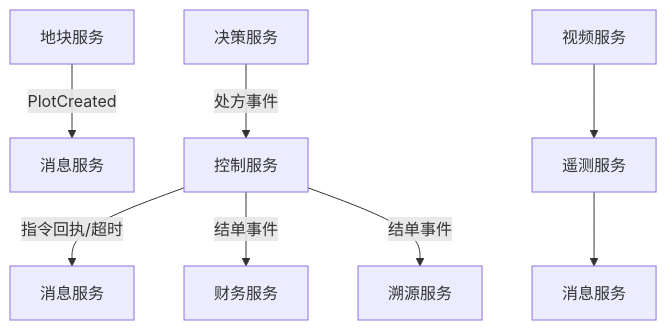
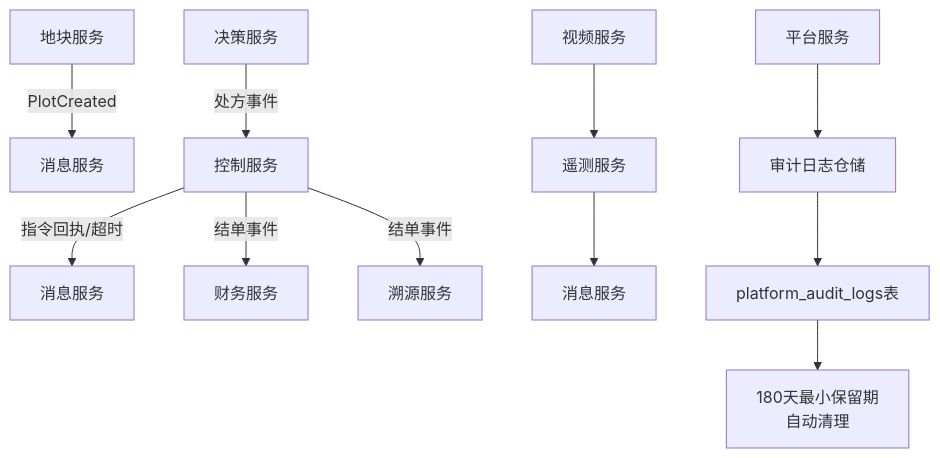
Before and after one commit to q446328246/agri-platform: the third of 3 diagrams in .qoder/repowiki/zh/content/项目概述/平台功能清单.md, drawn with Mermaid. The commit also changed other lines of this file and 6 other files, not shown here.

````diff
--- a/.qoder/repowiki/zh/content/项目概述/平台功能清单.md
+++ b/.qoder/repowiki/zh/content/项目概述/平台功能清单.md
@@ -270,10 +307,13 @@
 ```mermaid
 flowchart TD
 A["地块服务"] --> |PlotCreated| B["消息服务"]
 C["决策服务"] --> |处方事件| D["控制服务"]
 D --> |指令回执/超时| E["消息服务"]
 D --> |结单事件| F["财务服务"]
 D --> |结单事件| G["溯源服务"]
 H["视频服务"] --> I["遥测服务"]
 I --> J["消息服务"]
+K["平台服务"] --> L["审计日志仓储"]
+L --> M["platform_audit_logs表"]
+M --> N["180天最小保留期<br/>自动清理"]
 ```
````
